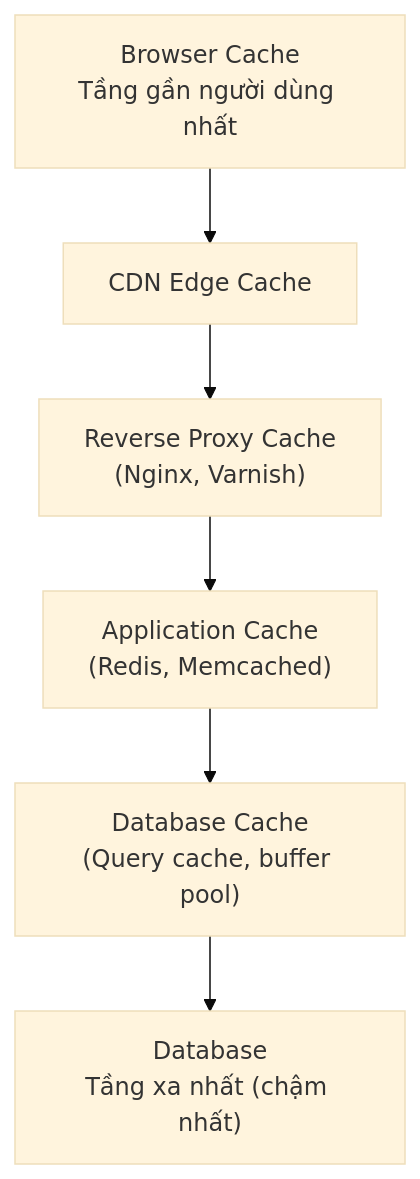
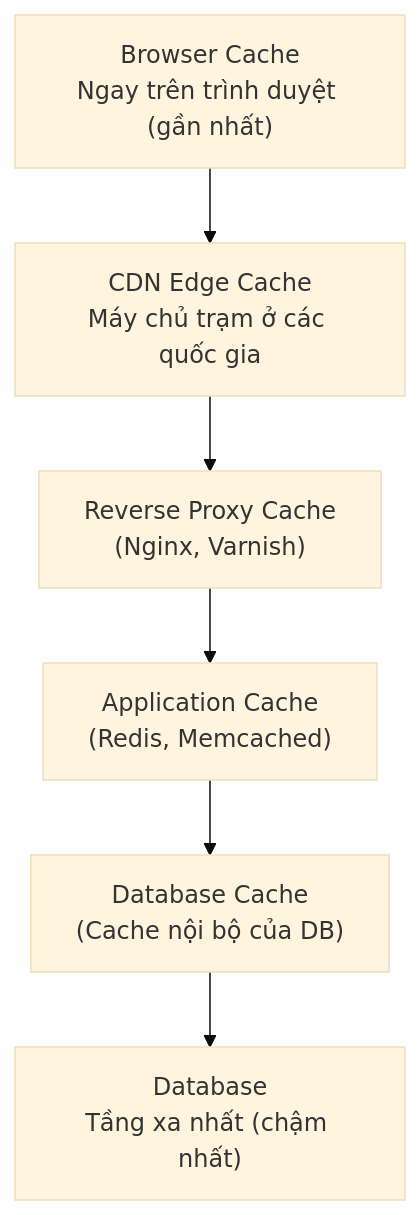
Before and after one commit to Mrnobody102/it-interview-prep: the diagram in src/content/vi/he-thong/caching-cdn.md, drawn with Mermaid (base theme). The commit also changed other lines of this file and 51 other files, not shown here.

````diff
--- a/src/content/vi/he-thong/caching-cdn.md
+++ b/src/content/vi/he-thong/caching-cdn.md
@@ -11,10 +14,10 @@
 ```mermaid
 flowchart TD
-    B["Browser Cache<br>Tầng gần người dùng nhất"]
-    CDN["CDN Edge Cache"]
+    B["Browser Cache<br>Ngay trên trình duyệt (gần nhất)"]
+    CDN["CDN Edge Cache<br>Máy chủ trạm ở các quốc gia"]
     RP["Reverse Proxy Cache<br>(Nginx, Varnish)"]
     AC["Application Cache<br>(Redis, Memcached)"]
-    DB_C["Database Cache<br>(Query cache, buffer pool)"]
+    DB_C["Database Cache<br>(Cache nội bộ của DB)"]
     DB["Database<br>Tầng xa nhất (chậm nhất)"]
     B --> CDN --> RP --> AC --> DB_C --> DB
 ```
````
